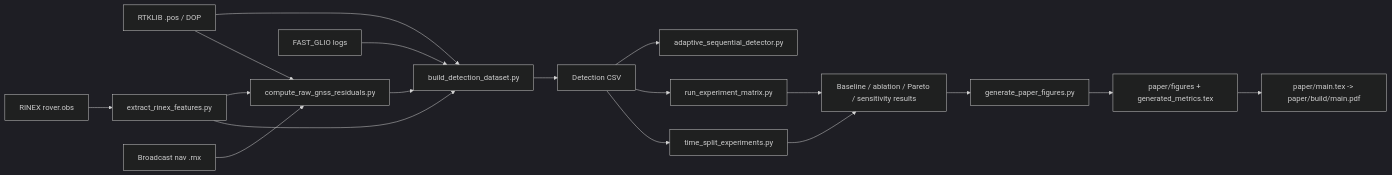
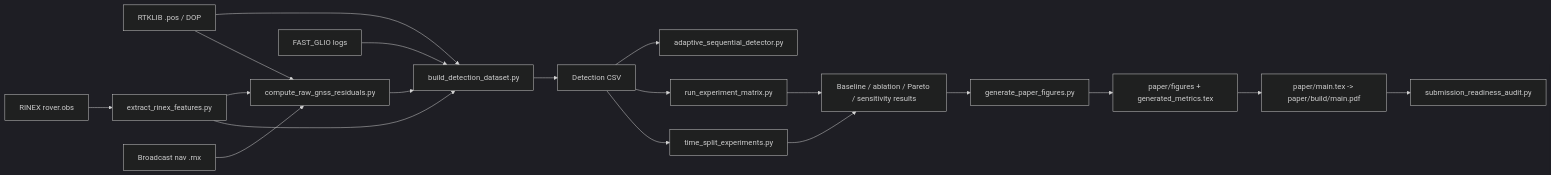
The diagram in docs/project_architecture_and_usage.md (wangzika/simulink2_spoof_detection), drawn with Mermaid (dark theme) before and after one commit. The commit also changed other lines of this file and 7 other files, not shown here.

Commit message:
Add GPS Solutions submission readiness audit

````diff
--- a/docs/project_architecture_and_usage.md
+++ b/docs/project_architecture_and_usage.md
@@ -36,20 +36,21 @@
 ```mermaid
 flowchart LR
     A["RTKLIB .pos / DOP"] --> D["build_detection_dataset.py"]
     B["RINEX rover.obs"] --> C["extract_rinex_features.py"]
     C --> E["compute_raw_gnss_residuals.py"]
     F["Broadcast nav .rnx"] --> E
     A --> E
     G["FAST_GLIO logs"] --> D
     C --> D
     E --> D
     D --> H["Detection CSV"]
     H --> I["adaptive_sequential_detector.py"]
     H --> J["run_experiment_matrix.py"]
     H --> O["time_split_experiments.py"]
     J --> K["Baseline / ablation / Pareto / sensitivity results"]
     O --> K
     K --> L["generate_paper_figures.py"]
     L --> M["paper/figures + generated_metrics.tex"]
     M --> N["paper/main.tex -> paper/build/main.pdf"]
+    N --> P["submission_readiness_audit.py"]
 ```
````
